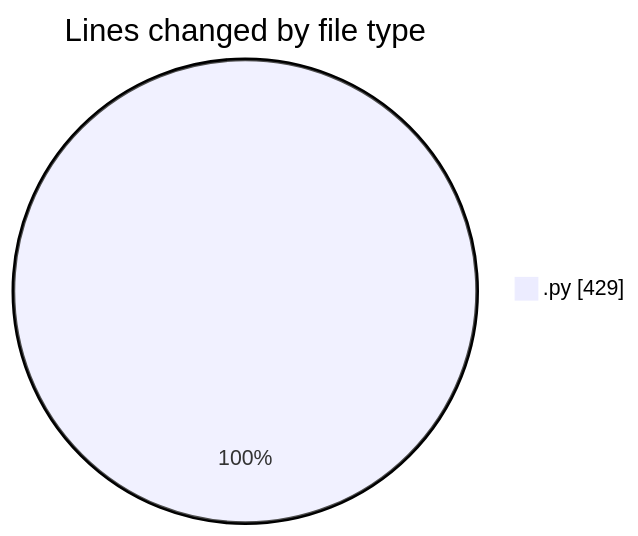
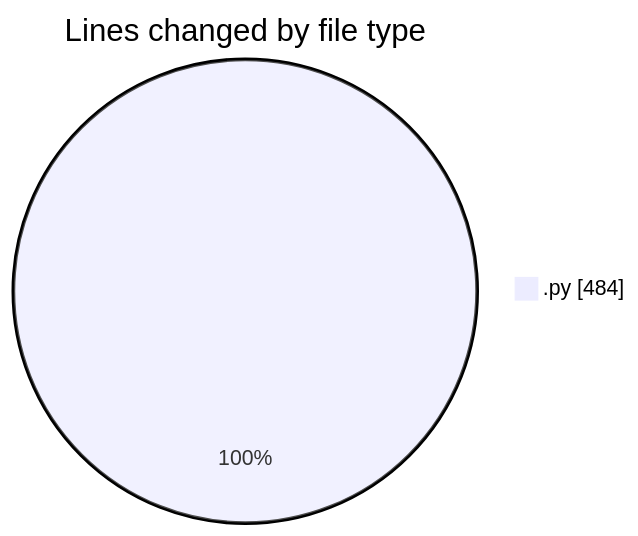
Before and after one commit to MatusMokan/code-tracking: the first of 2 diagrams in 2025-01-12/myws__workspace_/README.md, drawn with Mermaid. The commit also changed other lines of this file and 1 other file, not shown here.

````diff
--- a/2025-01-12/myws__workspace_/README.md
+++ b/2025-01-12/myws__workspace_/README.md
@@ -21,5 +21,5 @@
 ```mermaid
 pie showData
 title Lines changed by file type
-".py" : 429
+".py" : 484
 ```
````
